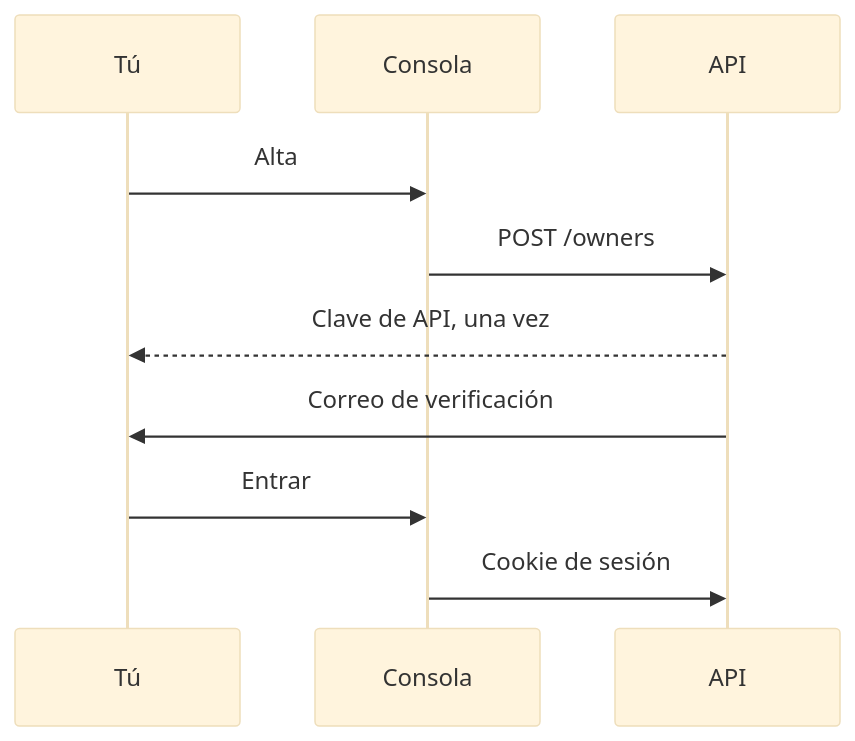
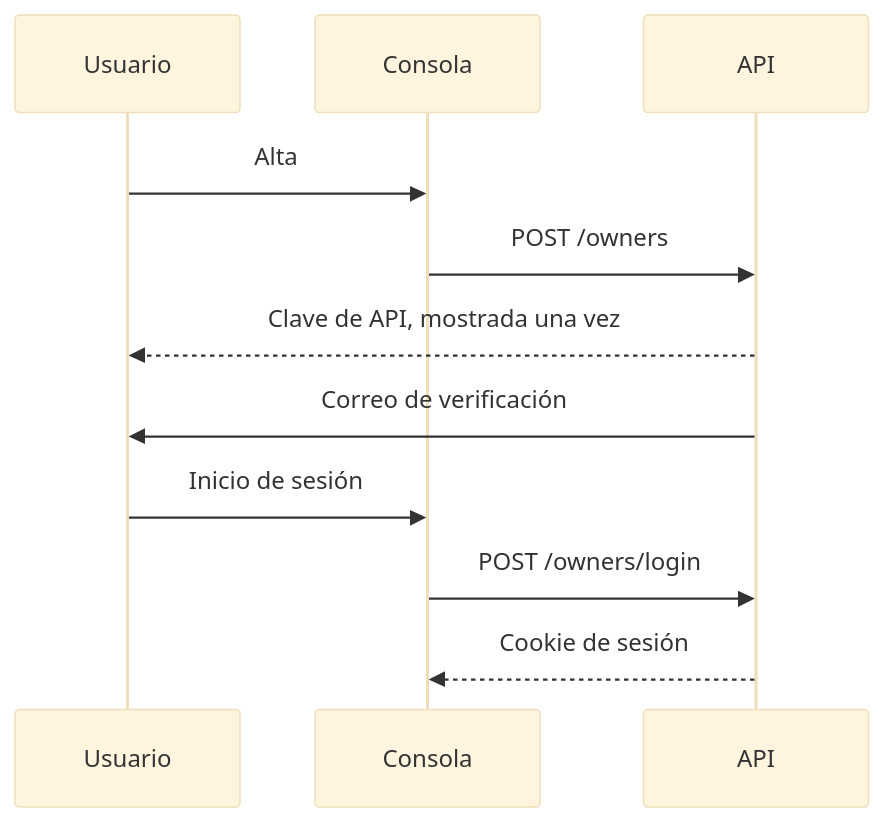
One commit to sensical-coop/mesh-things-apps changed the diagram in apps/web/content/docs/es/accounts.mdx. Above: the diagram before and after it, drawn with Mermaid (base theme). The commit also changed other lines of this file and 27 other files, not shown here.

````diff
--- a/apps/web/content/docs/es/accounts.mdx
+++ b/apps/web/content/docs/es/accounts.mdx
@@ -10,12 +10,13 @@
 ```mermaid
 sequenceDiagram
-  participant Tu as Tú
+  participant User as Usuario
   participant Console as Consola
   participant API
-  Tu->>Console: Alta
+  User->>Console: Alta
   Console->>API: POST /owners
-  API-->>Tu: Clave de API, una vez
-  API->>Tu: Correo de verificación
-  Tu->>Console: Entrar
-  Console->>API: Cookie de sesión
+  API-->>User: Clave de API, mostrada una vez
+  API->>User: Correo de verificación
+  User->>Console: Inicio de sesión
+  Console->>API: POST /owners/login
+  API-->>Console: Cookie de sesión
 ```
````
